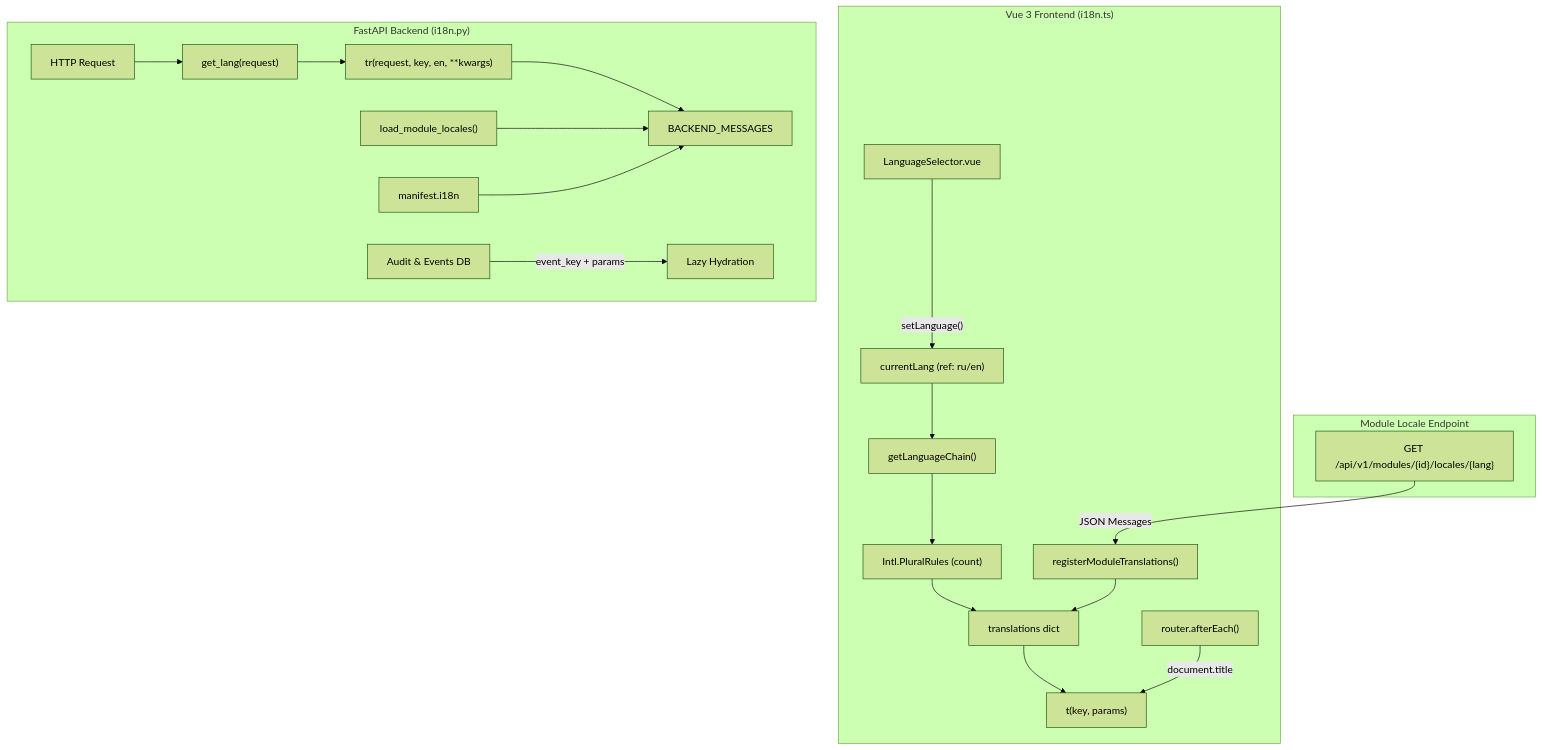
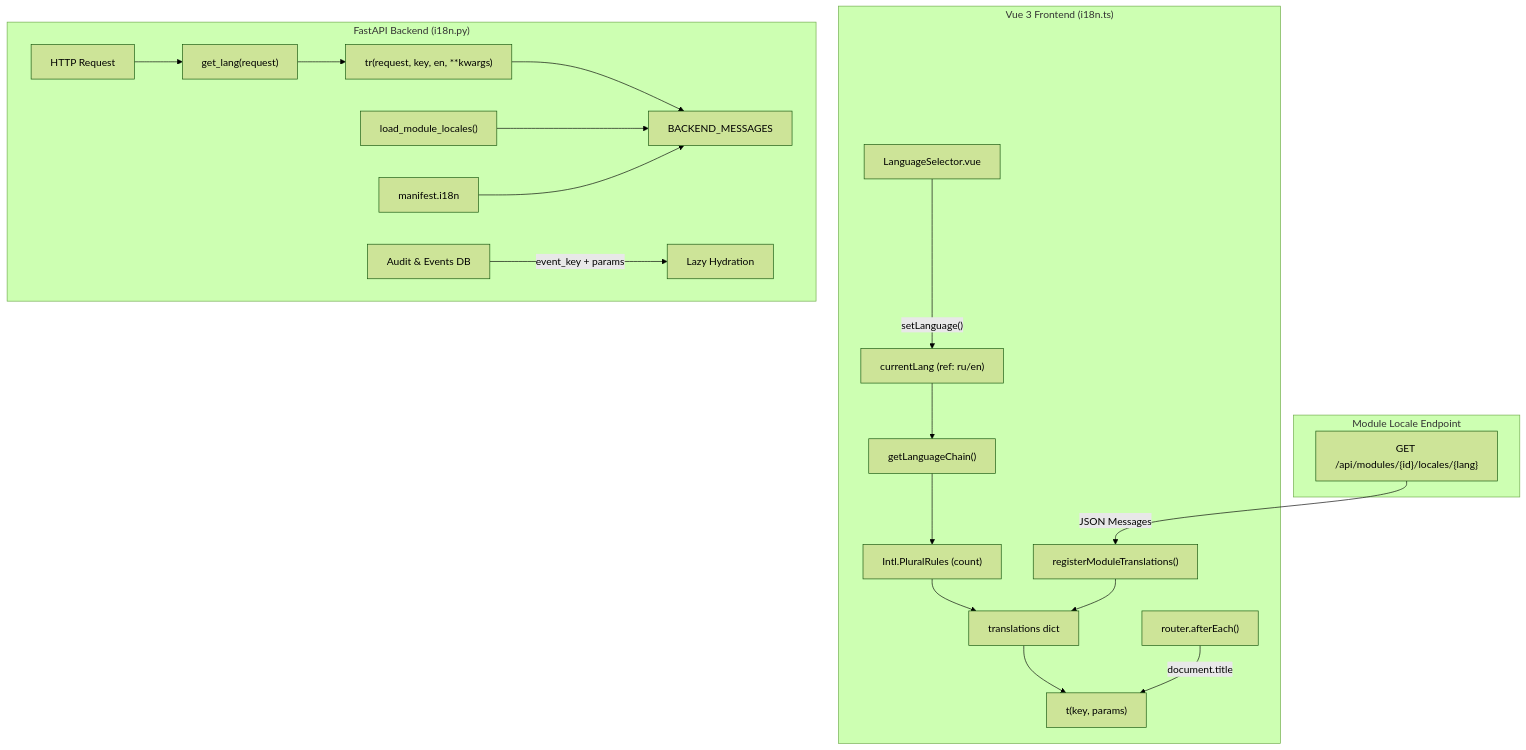
Before and after one commit to Apofixc/nms-webui: the diagram in docs/wiki/03-module-development/11-localization.md, drawn with Mermaid (forest theme). The commit also changed other lines of this file and 1 other file, not shown here.

Commit message:
feat: add automated script to verify i18n translation file symmetry and update localization documentation

````diff
--- a/docs/wiki/03-module-development/11-localization.md
+++ b/docs/wiki/03-module-development/11-localization.md
@@ -11,27 +11,27 @@
 ```mermaid
 flowchart TD
     subgraph Frontend["Vue 3 Frontend (i18n.ts)"]
         UserLang["currentLang (ref: ru/en)"] --> Chain["getLanguageChain()"]
         Chain --> Plural["Intl.PluralRules (count)"]
         Plural --> Dict["translations dict"]
         Dict --> Output["t(key, params)"]
         API_Reg["registerModuleTranslations()"] --> Dict
         LangSelector["LanguageSelector.vue"] -->|"setLanguage()"| UserLang
         Router["router.afterEach()"] -->|"document.title"| Output
     end
 
     subgraph Backend["FastAPI Backend (i18n.py)"]
         Req["HTTP Request"] --> GetLang["get_lang(request)"]
         GetLang --> TR["tr(request, key, en, **kwargs)"]
         TR --> CoreDict["BACKEND_MESSAGES"]
         ModScan["load_module_locales()"] --> CoreDict
         ManifestScan["manifest.i18n"] --> CoreDict
         AuditLog["Audit & Events DB"] -->|"event_key + params"| Hydrate["Lazy Hydration"]
     end
 
     subgraph ModuleAPI["Module Locale Endpoint"]
-        Endp["GET /api/v1/modules/{id}/locales/{lang}"]
+        Endp["GET /api/modules/{id}/locales/{lang}"]
     end
 
     Endp -->|"JSON Messages"| API_Reg
 ```
````
